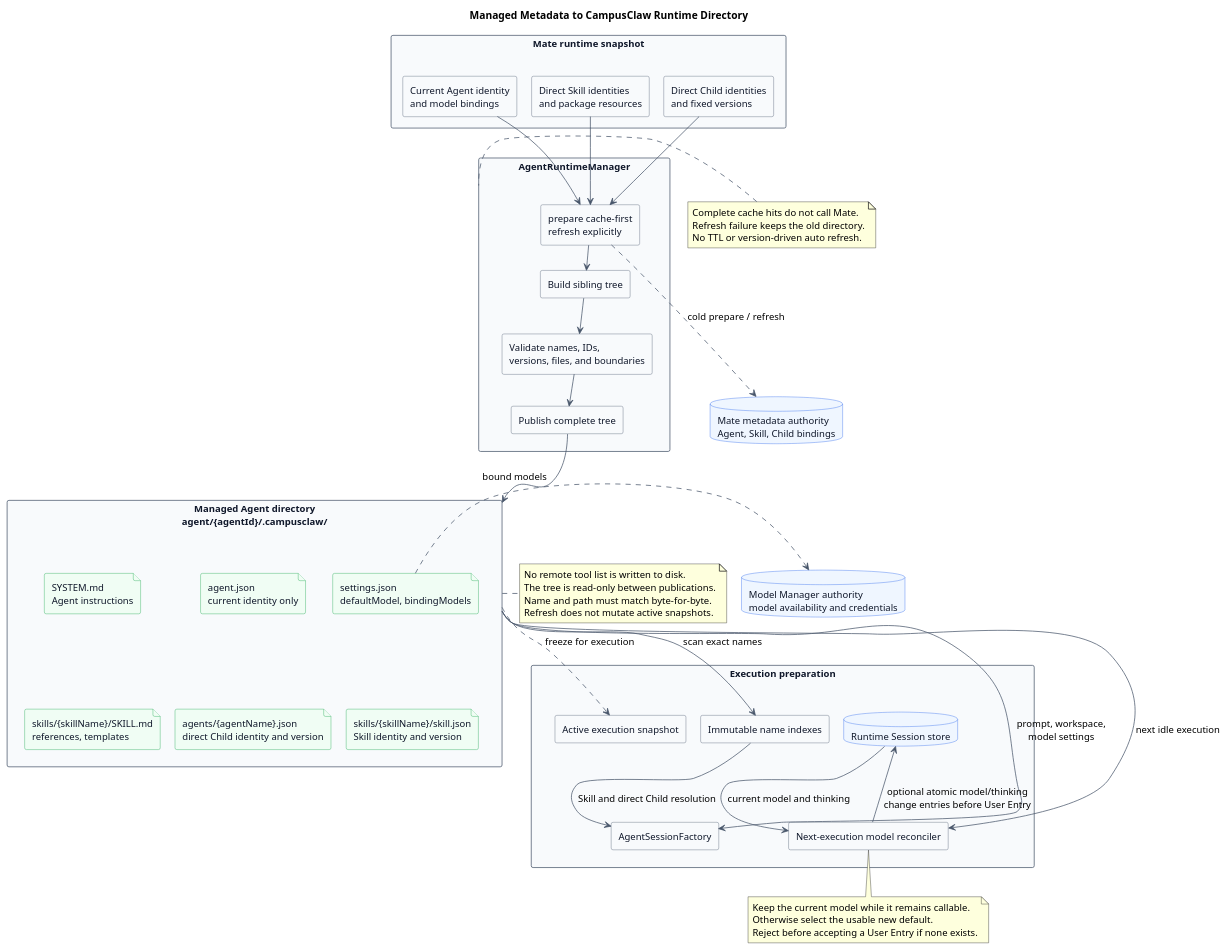
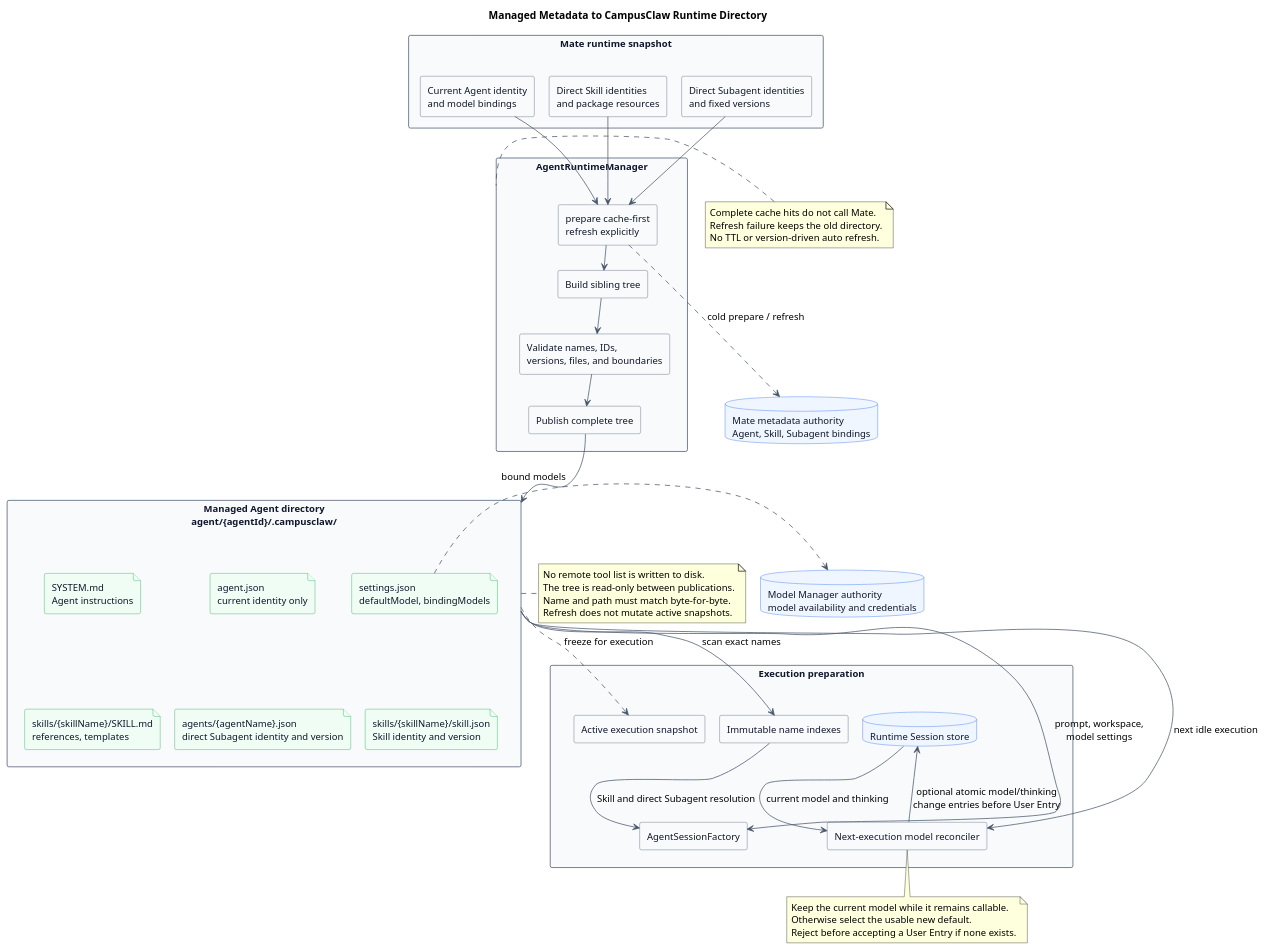
The diagram in 01-总体架构/01-CampusClaw多Agent运行时/设计图/元数据/diagram.puml (ssm0808/pi-mono-java-design), drawn with PlantUML before and after one commit. The commit also changed 55 other files, not shown here.

First line of the commit message:
docs(naming): 被委派的 Agent 统一称为 Subagent

```diff
--- a/01-总体架构/01-CampusClaw多Agent运行时/设计图/元数据/diagram.puml
+++ b/01-总体架构/01-CampusClaw多Agent运行时/设计图/元数据/diagram.puml
@@ -1,111 +1,111 @@
 @startuml metadata_runtime_directory_mapping
 title Managed Metadata to CampusClaw Runtime Directory
 top to bottom direction
 skinparam nodesep 20
 skinparam ranksep 30
 
 ' Source evidence (CampusClaw PR 167 f60cc3e78bb8b700527ac082c7c8e10524ede095):
 ' modules/coding-agent-cli/src/main/java/com/campusclaw/codingagent/runtime/AgentRuntimeManager.java, prepare and materialize.
 ' modules/coding-agent-cli/src/main/java/com/campusclaw/codingagent/runtimeapi/agent/FileAgentDirectoryResolver.java, resolve.
 ' Observed behavior: the Java baseline has two file contracts and materializes the legacy CLI tree in place.
-' Architecture change: one managed tree serves Runtime, Cron, and Child entry points.
+' Architecture change: one managed tree serves Runtime, Cron, and Subagent entry points.
 ' Security hardening: a complete sibling tree is validated before publication.
 ' Design reason: sessions consume immutable identity indexes and never persist remote tool lists.
 ' Architecture change: refresh publishes metadata only; the next idle execution reconciles its model.
 
 skinparam backgroundColor #FFFFFF
 skinparam shadowing false
 skinparam defaultFontName Arial
 skinparam defaultFontSize 13
 skinparam rectangle {
   BackgroundColor #F8FAFC
   BorderColor #475569
   FontColor #0F172A
 }
 skinparam database {
   BackgroundColor #EFF6FF
   BorderColor #2563EB
   FontColor #0F172A
 }
 skinparam file {
   BackgroundColor #F0FDF4
   BorderColor #16A34A
   FontColor #0F172A
 }
 skinparam ArrowColor #475569
 
 rectangle "Mate runtime snapshot" as Input {
   rectangle "Current Agent identity\nand model bindings" as AgentMetadata
   rectangle "Direct Skill identities\nand package resources" as SkillMetadata
-  rectangle "Direct Child identities\nand fixed versions" as ChildMetadata
+  rectangle "Direct Subagent identities\nand fixed versions" as SubagentMetadata
 }
 
 rectangle "AgentRuntimeManager" as Manager {
   rectangle "prepare cache-first\nrefresh explicitly" as Resolve
   rectangle "Build sibling tree" as Build
   rectangle "Validate names, IDs,\nversions, files, and boundaries" as Validate
   rectangle "Publish complete tree" as Publish
 }
 
 rectangle "Managed Agent directory\nagent/{agentId}/.campusclaw/" as AgentDirectory {
   file "agent.json\ncurrent identity only" as AgentFile
   file "settings.json\ndefaultModel, bindingModels" as SettingsFile
   file "SYSTEM.md\nAgent instructions" as SystemFile
-  file "agents/{agentName}.json\ndirect Child identity and version" as ChildFile
+  file "agents/{agentName}.json\ndirect Subagent identity and version" as SubagentFile
   file "skills/{skillName}/skill.json\nSkill identity and version" as SkillIdentityFile
   file "skills/{skillName}/SKILL.md\nreferences, templates" as SkillPackage
 }
 
-database "Mate metadata authority\nAgent, Skill, Child bindings" as MateAuthority
+database "Mate metadata authority\nAgent, Skill, Subagent bindings" as MateAuthority
 database "Model Manager authority\nmodel availability and credentials" as ModelManager
 rectangle "Execution preparation" as Execution {
   rectangle "Immutable name indexes" as Indexes
   rectangle "AgentSessionFactory" as SessionFactory
   rectangle "Next-execution model reconciler" as Reconciler
   database "Runtime Session store" as SessionStore
   rectangle "Active execution snapshot" as ActiveSnapshot
 }
 
 AgentMetadata --> Resolve
 SkillMetadata --> Resolve
-ChildMetadata --> Resolve
+SubagentMetadata --> Resolve
 Resolve --> Build
 Build --> Validate
 Validate --> Publish
 Publish --> AgentDirectory
 
 Resolve .right.> MateAuthority : cold prepare / refresh
 SettingsFile .right.> ModelManager : bound models
 AgentDirectory -down-> Indexes : scan exact names
-Indexes --> SessionFactory : Skill and direct Child resolution
+Indexes --> SessionFactory : Skill and direct Subagent resolution
 AgentDirectory -down-> SessionFactory : prompt, workspace,\nmodel settings
 AgentDirectory -down-> Reconciler : next idle execution
 SessionStore --> Reconciler : current model and thinking
 Reconciler --> SessionStore : optional atomic model/thinking\nchange entries before User Entry
 AgentDirectory .down.> ActiveSnapshot : freeze for execution
 ActiveSnapshot -[hidden]right-> SessionStore
 
 note right of AgentDirectory
 No remote tool list is written to disk.
 The tree is read-only between publications.
 Name and path must match byte-for-byte.
 Refresh does not mutate active snapshots.
 end note
 
 note left of Manager
 Complete cache hits do not call Mate.
 Refresh failure keeps the old directory.
 No TTL or version-driven auto refresh.
 end note
 
 note bottom of Reconciler
 Keep the current model while it remains callable.
 Otherwise select the usable new default.
 Reject before accepting a User Entry if none exists.
 end note
-AgentFile -[hidden]down-> ChildFile
+AgentFile -[hidden]down-> SubagentFile
 SettingsFile -[hidden]down-> SkillIdentityFile
 SystemFile -[hidden]down-> SkillPackage
 AgentDirectory -[hidden]down-> Execution
 MateAuthority -[hidden]down-> ModelManager
 @enduml
```
